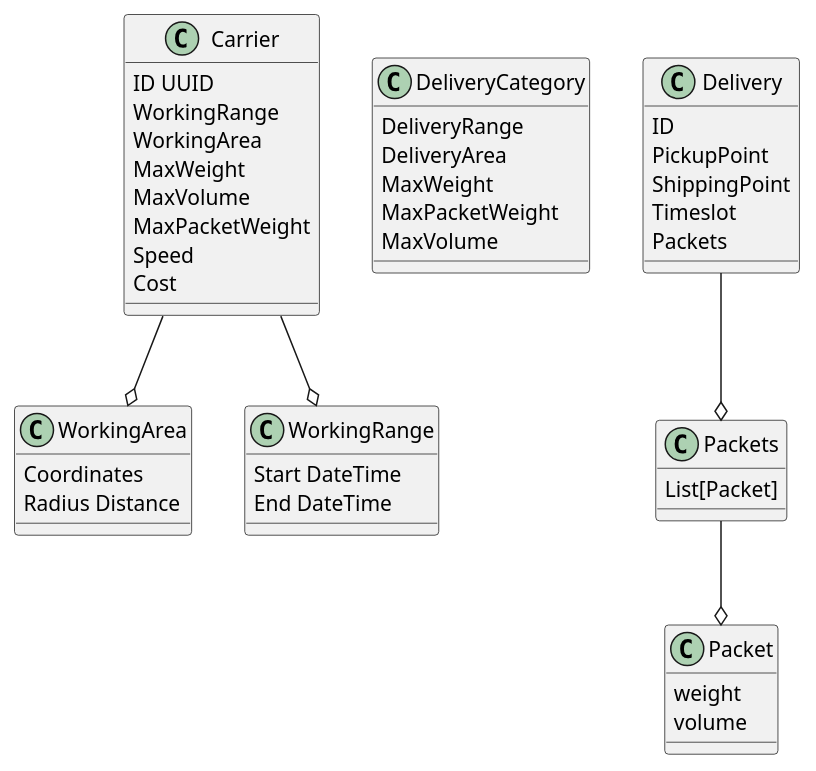
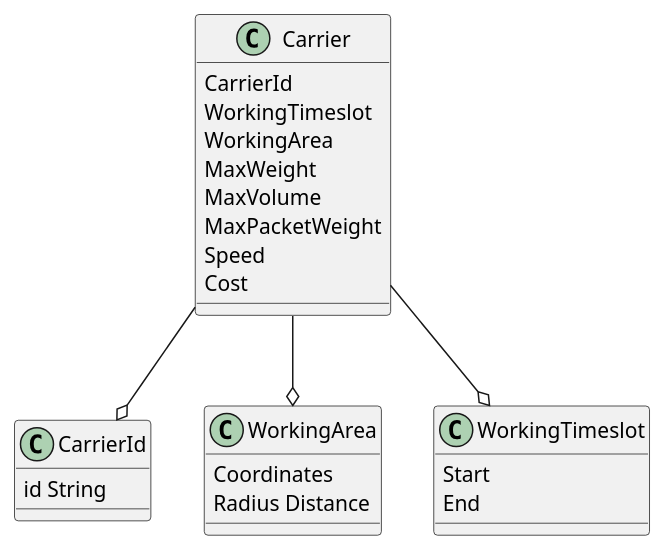
Before and after one commit to elongeau/colisweb-challenge: the diagram in docs/main.plantuml, drawn with PlantUML. The commit also changed 19 other files, not shown here.

```diff
--- a/docs/main.plantuml
+++ b/docs/main.plantuml
@@ -1,54 +1,30 @@
 @startuml
 
 class Carrier {
-    ID UUID
-    WorkingRange
+    CarrierId
+    WorkingTimeslot
     WorkingArea
     MaxWeight
     MaxVolume
     MaxPacketWeight
     Speed
     Cost
 }
-
+class CarrierId {
+    id String
+}
 class WorkingArea {
     Coordinates
     Radius Distance
 }
 
-class WorkingRange {
-    Start DateTime
-    End DateTime
+class WorkingTimeslot {
+    Start
+    End
 }
 
+Carrier --o CarrierId
 Carrier --o WorkingArea
-Carrier --o WorkingRange
+Carrier --o WorkingTimeslot
 
-class DeliveryCategory {
-  DeliveryRange
-  DeliveryArea
-  MaxWeight
-  MaxPacketWeight
-  MaxVolume
-}
-
-class Delivery {
-  ID
-  PickupPoint
-  ShippingPoint
-  Timeslot
-  Packets
-}
-
-class Packets {
-  List[Packet]
-}
-
-class Packet {
-  weight
-  volume
-}
-
-Delivery --o Packets
-Packets --o Packet
 @enduml
```
